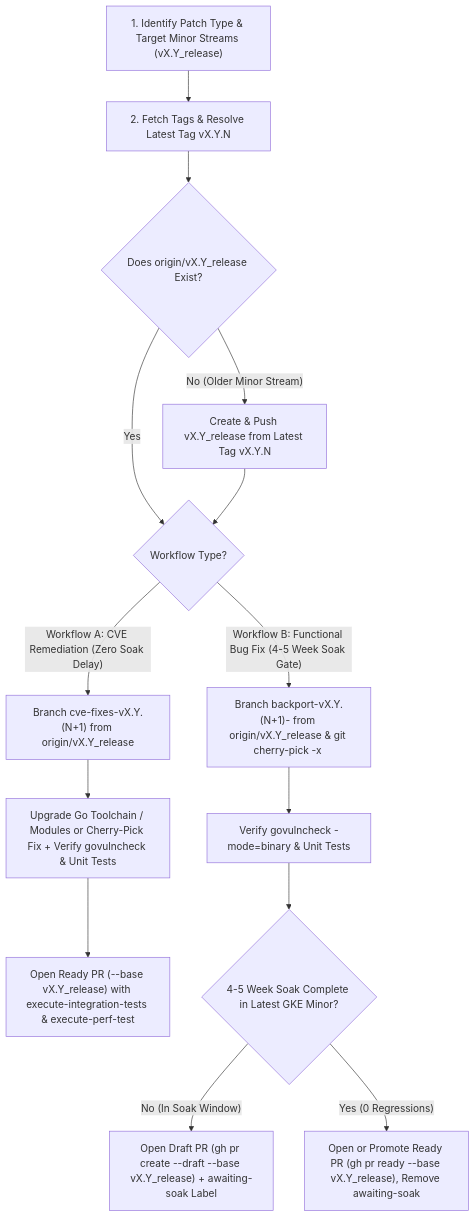
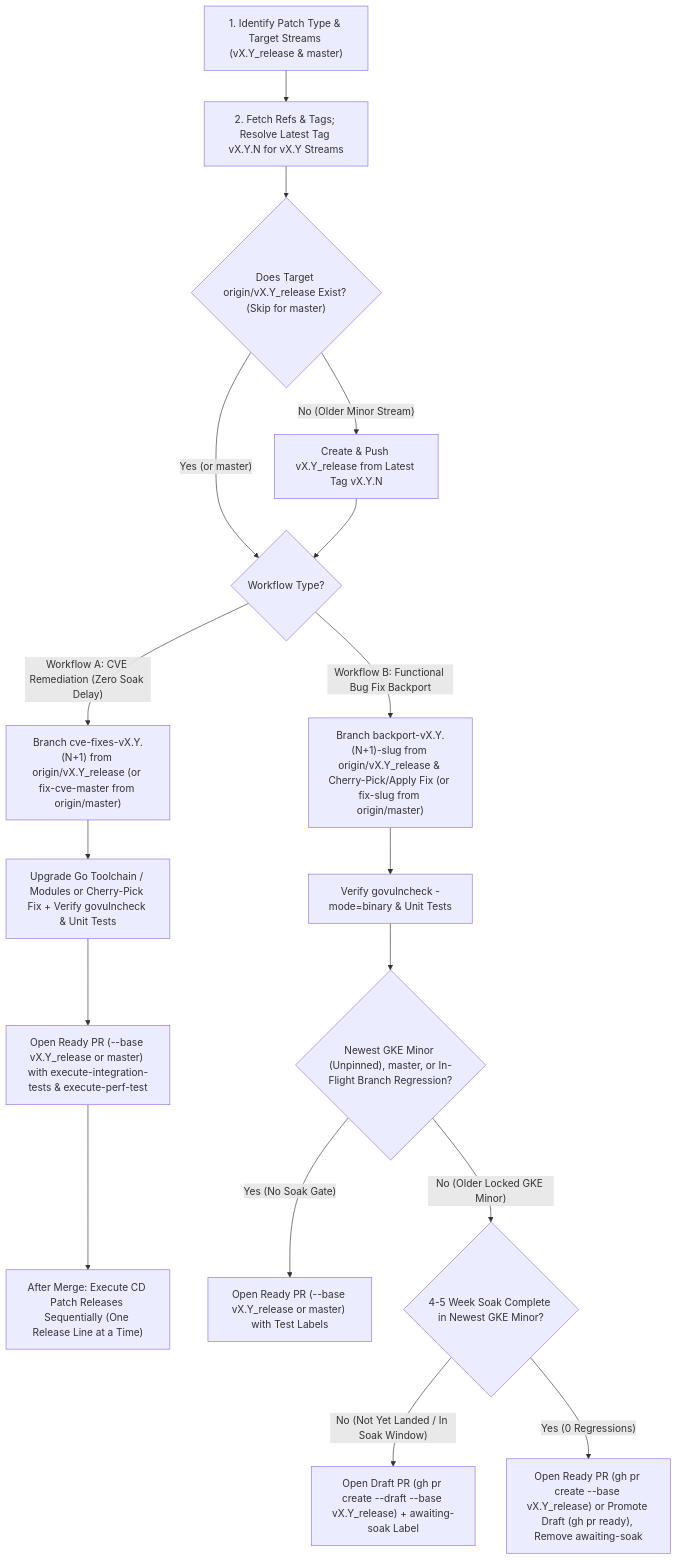
Before and after one commit to GoogleCloudPlatform/gcsfuse: the diagram in .agents/skills/cve-patching/SKILL.md, drawn with Mermaid. The commit also changed other lines of this file and 1 other file, not shown here.

Commit message:
docs(skills): clarify sequential CD releases, newest-GKE soak, and master updates

````diff
--- a/.agents/skills/cve-patching/SKILL.md
+++ b/.agents/skills/cve-patching/SKILL.md
@@ -20,16 +20,19 @@
 ```mermaid
 flowchart TD
-    A["1. Identify Patch Type & Target Minor Streams (vX.Y_release)"] --> B["2. Fetch Tags & Resolve Latest Tag vX.Y.N"]
-    B --> C{"Does origin/vX.Y_release Exist?"}
+    A["1. Identify Patch Type & Target Streams (vX.Y_release & master)"] --> B["2. Fetch Refs & Tags; Resolve Latest Tag vX.Y.N for vX.Y Streams"]
+    B --> C{"Does Target origin/vX.Y_release Exist? (Skip for master)"}
     C -- "No (Older Minor Stream)" --> D["Create & Push vX.Y_release from Latest Tag vX.Y.N"]
-    C -- "Yes" --> E{"Workflow Type?"}
+    C -- "Yes (or master)" --> E{"Workflow Type?"}
     D --> E
-    E -- "Workflow A: CVE Remediation (Zero Soak Delay)" --> F["Branch cve-fixes-vX.Y.(N+1) from origin/vX.Y_release"]
+    E -- "Workflow A: CVE Remediation (Zero Soak Delay)" --> F["Branch cve-fixes-vX.Y.(N+1) from origin/vX.Y_release (or fix-cve-master from origin/master)"]
     F --> G["Upgrade Go Toolchain / Modules or Cherry-Pick Fix + Verify govulncheck & Unit Tests"]
-    G --> H["Open Ready PR (--base vX.Y_release) with execute-integration-tests & execute-perf-test"]
-    E -- "Workflow B: Functional Bug Fix (4-5 Week Soak Gate)" --> I["Branch backport-vX.Y.(N+1)-<slug> from origin/vX.Y_release & git cherry-pick -x <sha>"]
-    I --> J["Verify govulncheck -mode=binary & Unit Tests"]
-    J --> K{"4-5 Week Soak Complete in Latest GKE Minor?"}
-    K -- "No (In Soak Window)" --> L["Open Draft PR (gh pr create --draft --base vX.Y_release) + awaiting-soak Label"]
-    K -- "Yes (0 Regressions)" --> M["Open or Promote Ready PR (gh pr ready --base vX.Y_release), Remove awaiting-soak"]
+    G --> H["Open Ready PR (--base vX.Y_release or master) with execute-integration-tests & execute-perf-test"]
+    H --> I["After Merge: Execute CD Patch Releases Sequentially (One Release Line at a Time)"]
+    E -- "Workflow B: Functional Bug Fix Backport" --> J["Branch backport-vX.Y.(N+1)-slug from origin/vX.Y_release & Cherry-Pick/Apply Fix (or fix-slug from origin/master)"]
+    J --> K["Verify govulncheck -mode=binary & Unit Tests"]
+    K --> L{"Newest GKE Minor (Unpinned), master, or In-Flight Branch Regression?"}
+    L -- "Yes (No Soak Gate)" --> M["Open Ready PR (--base vX.Y_release or master) with Test Labels"]
+    L -- "No (Older Locked GKE Minor)" --> N{"4-5 Week Soak Complete in Newest GKE Minor?"}
+    N -- "No (Not Yet Landed / In Soak Window)" --> O["Open Draft PR (gh pr create --draft --base vX.Y_release) + awaiting-soak Label"]
+    N -- "Yes (0 Regressions)" --> P["Open Ready PR (gh pr create --base vX.Y_release) or Promote Draft (gh pr ready), Remove awaiting-soak"]
 ```
````
